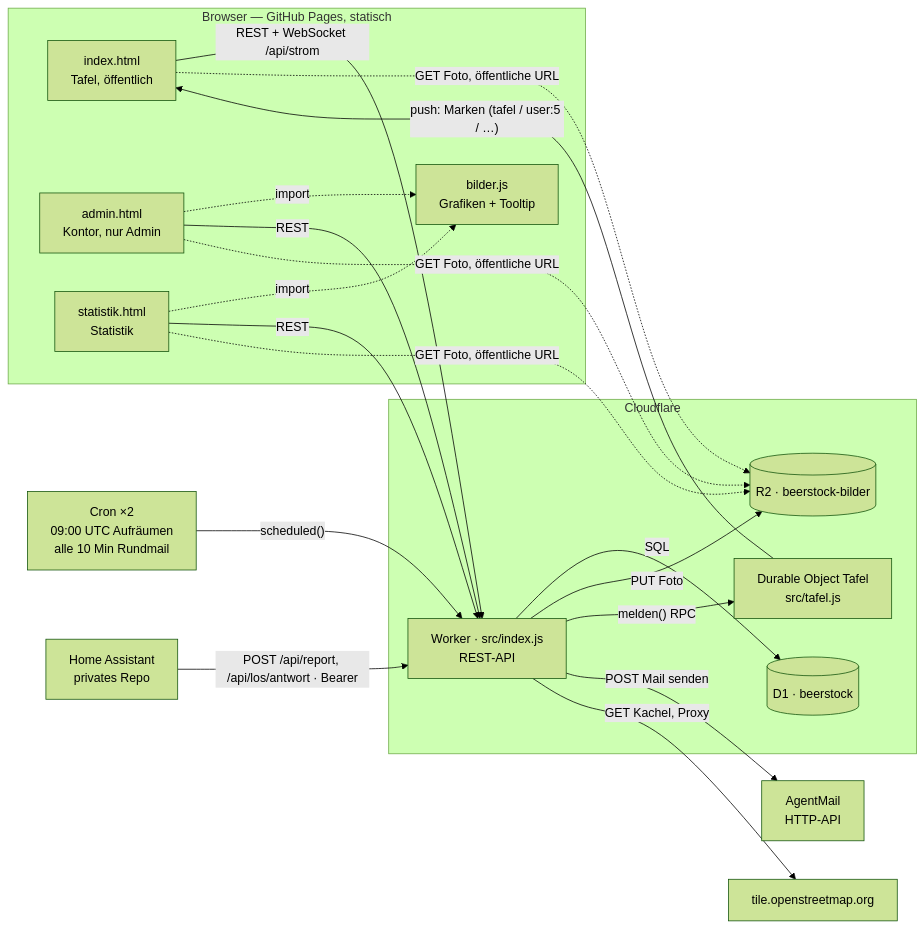
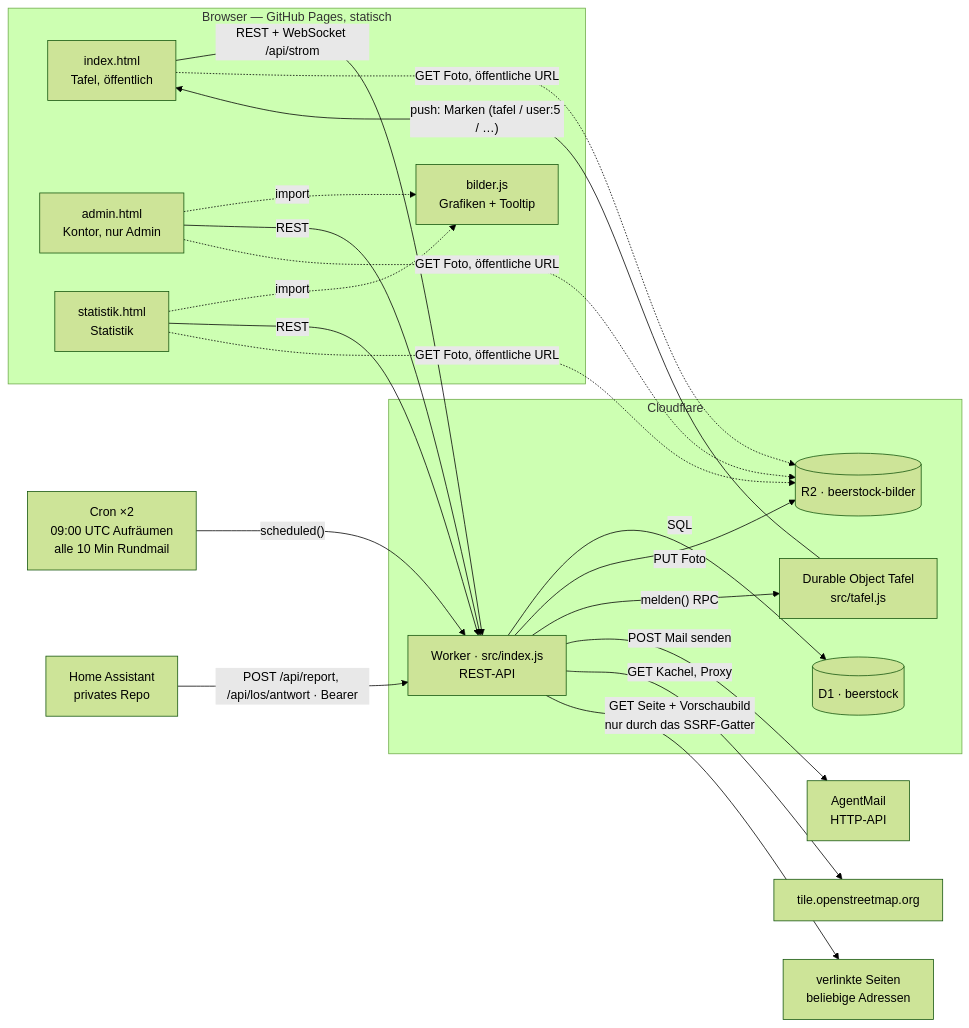
Before and after one commit to Schnix84/beerstock: the diagram in README.md, drawn with Mermaid (forest theme). The commit also changed other lines of this file and 3 other files, not shown here.

````diff
--- a/README.md
+++ b/README.md
@@ -309,40 +322,42 @@
 ```mermaid
 flowchart LR
     subgraph Browser["Browser — GitHub Pages, statisch"]
         Tafel["index.html<br/>Tafel, öffentlich"]
         Kontor["admin.html<br/>Kontor, nur Admin"]
         Statistik["statistik.html<br/>Statistik"]
         Bilder["bilder.js<br/>Grafiken + Tooltip"]
         Kontor -. "import" .-> Bilder
         Statistik -. "import" .-> Bilder
     end
 
     subgraph CF["Cloudflare"]
         Worker["Worker · src/index.js<br/>REST-API"]
         DO["Durable Object Tafel<br/>src/tafel.js"]
         D1[("D1 · beerstock")]
         R2[("R2 · beerstock-bilder")]
     end
 
     Cron["Cron ×2<br/>09:00 UTC Aufräumen<br/>alle 10 Min Rundmail"]
     Mail["AgentMail<br/>HTTP-API"]
     OSM["tile.openstreetmap.org"]
     HA["Home Assistant<br/>privates Repo"]
+    Web["verlinkte Seiten<br/>beliebige Adressen"]
 
     Tafel -- "REST + WebSocket /api/strom" --> Worker
     Kontor -- "REST" --> Worker
     Statistik -- "REST" --> Worker
     Tafel -. "GET Foto, öffentliche URL" .-> R2
     Kontor -. "GET Foto, öffentliche URL" .-> R2
     Statistik -. "GET Foto, öffentliche URL" .-> R2
 
     Worker -- "SQL" --> D1
     Worker -- "PUT Foto" --> R2
     Worker -- "melden() RPC" --> DO
     DO -- "push: Marken (tafel / user:5 / …)" --> Tafel
 
     Cron -- "scheduled()" --> Worker
     Worker -- "POST Mail senden" --> Mail
     Worker -- "GET Kachel, Proxy" --> OSM
+    Worker -- "GET Seite + Vorschaubild<br/>nur durch das SSRF-Gatter" --> Web
     HA -- "POST /api/report, /api/los/antwort · Bearer" --> Worker
 ```
````
